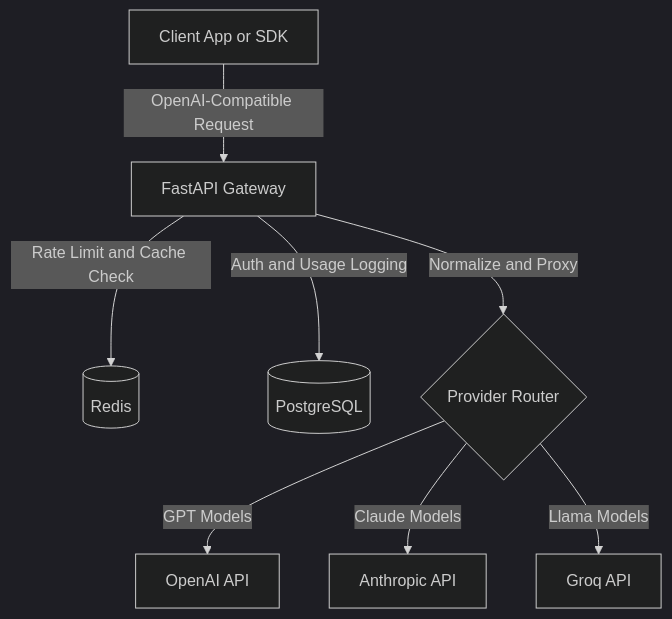
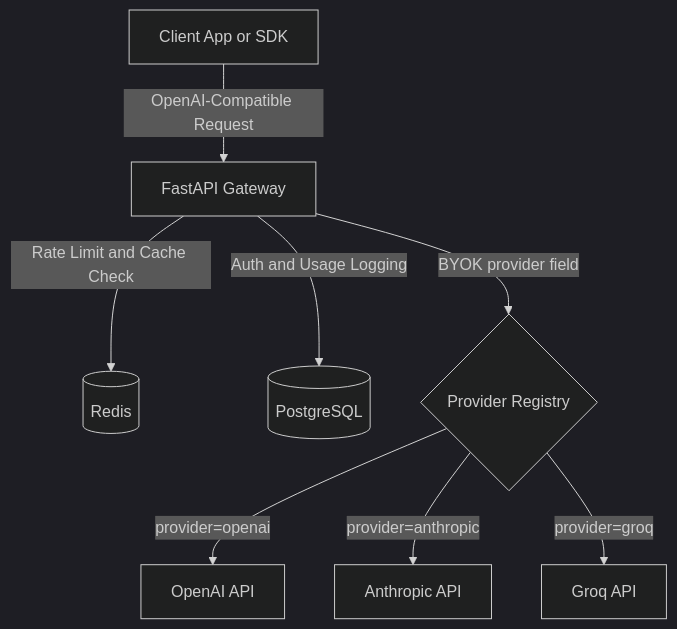
Before and after one commit to rahuljtom/llm-inference-gateway: the diagram in README.md, drawn with Mermaid (dark theme). The commit also changed other lines of this file and 5 other files, not shown here.

````diff
--- a/README.md
+++ b/README.md
@@ -37,13 +37,13 @@
 ```mermaid
 graph TD
     Client[Client App or SDK] -->|OpenAI-Compatible Request| Gateway[FastAPI Gateway]
 
     Gateway -->|Rate Limit and Cache Check| Redis[(Redis)]
     Gateway -->|Auth and Usage Logging| Postgres[(PostgreSQL)]
 
-    Gateway -->|Normalize and Proxy| Router{Provider Router}
+    Gateway -->|BYOK provider field| Router{Provider Registry}
 
-    Router -->|GPT Models| OpenAI[OpenAI API]
-    Router -->|Claude Models| Anthropic[Anthropic API]
-    Router -->|Llama Models| Groq[Groq API]
+    Router -->|provider=openai| OpenAI[OpenAI API]
+    Router -->|provider=anthropic| Anthropic[Anthropic API]
+    Router -->|provider=groq| Groq[Groq API]
 ```
````
